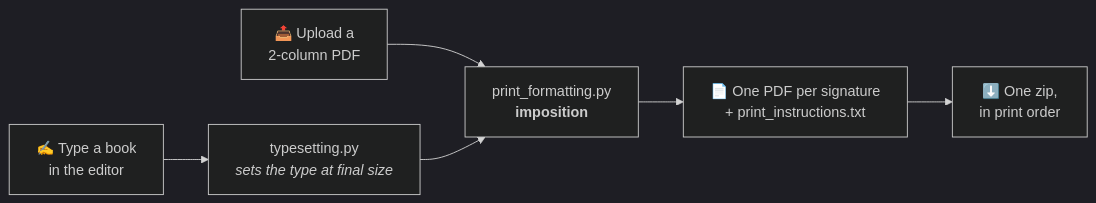
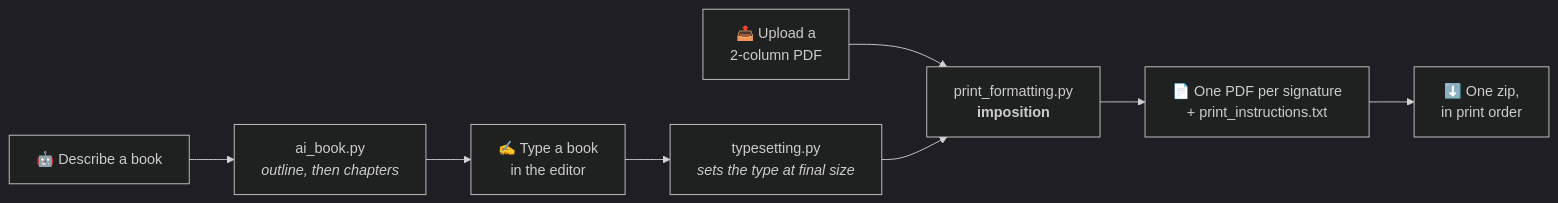
The first of 3 diagrams in README.md (DariuszKrych/Bookbinding_Signature_Creator_App), drawn with Mermaid (dark theme) before and after one commit. The commit also changed other lines of this file and 13 other files, not shown here.

````diff
--- a/README.md
+++ b/README.md
@@ -57,8 +61,10 @@
 ```mermaid
 flowchart LR
+    B["✍️ Type a book<br/>in the editor"] --> T["typesetting.py<br/><i>sets the type at final size</i>"]
+    G["🤖 Describe a book"] --> AI["ai_book.py<br/><i>outline, then chapters</i>"]
+    AI --> B
     A["📤 Upload a<br/>2-column PDF"] --> C
-    B["✍️ Type a book<br/>in the editor"] --> T["typesetting.py<br/><i>sets the type at final size</i>"]
     T --> C["print_formatting.py<br/><b>imposition</b>"]
     C --> D["📄 One PDF per signature<br/>+ print_instructions.txt"]
     D --> E["⬇️ One zip,<br/>in print order"]
 ```
````
